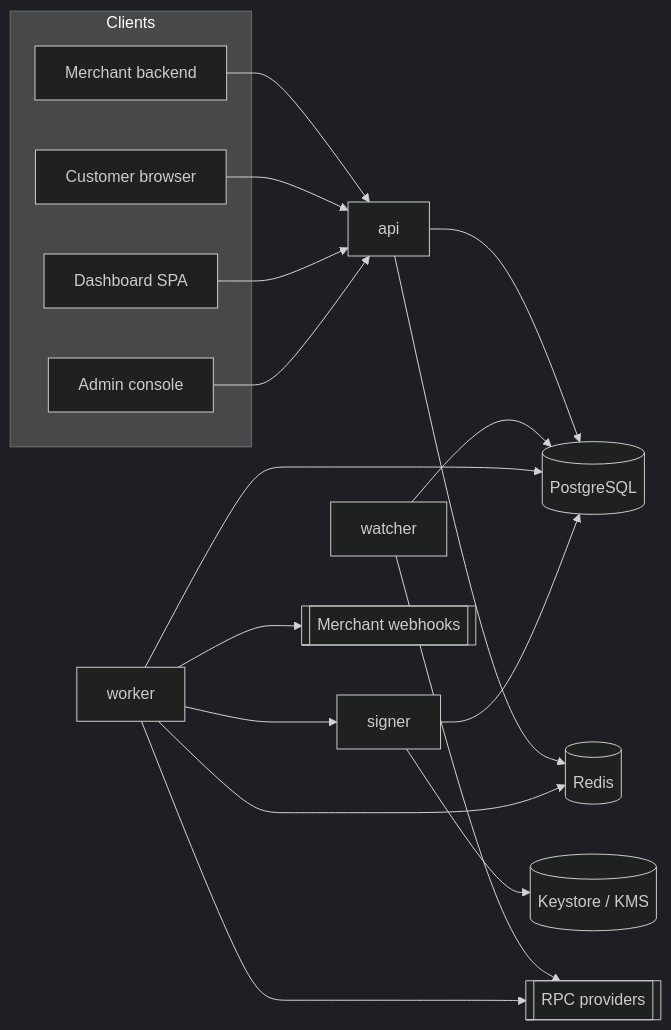
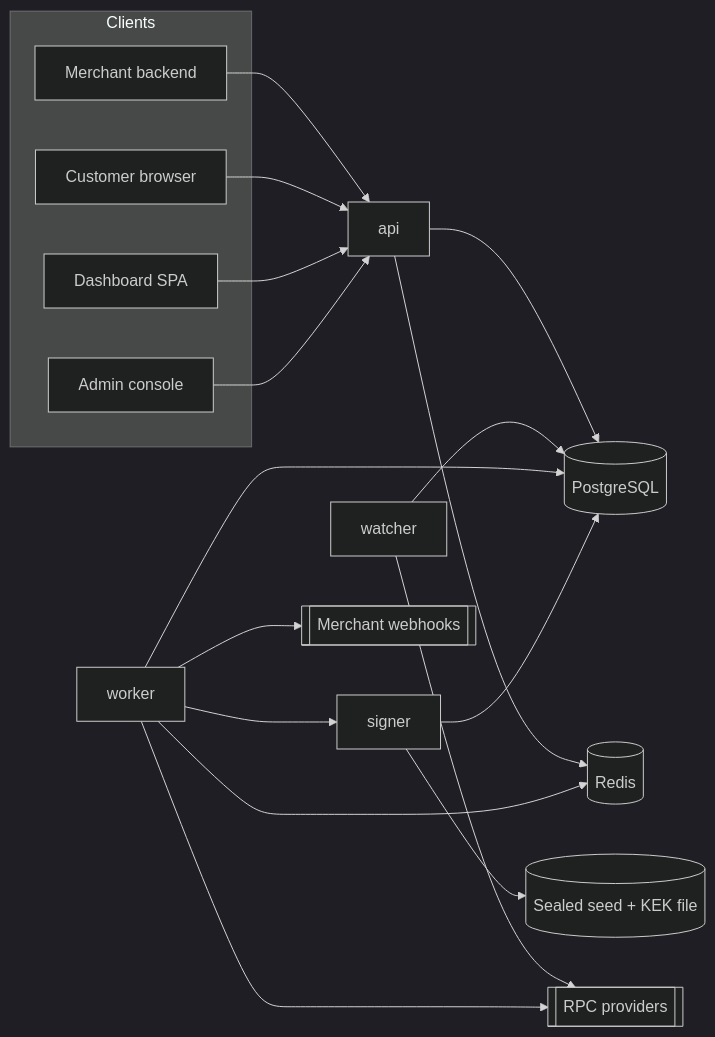
One commit to sumit-kotiya789/gateway changed the first of 2 diagrams in docs/ARCHITECTURE.md. Above: the diagram before and after it, drawn with Mermaid (dark theme). The commit also changed other lines of this file and 17 other files, not shown here.

````diff
--- a/docs/ARCHITECTURE.md
+++ b/docs/ARCHITECTURE.md
@@ -12,33 +12,33 @@
 ```mermaid
 flowchart LR
   subgraph Clients
     M[Merchant backend]
     C[Customer browser]
     D[Dashboard SPA]
     A[Admin console]
   end
   API[api]
   WK[worker]
   WT[watcher]
   SG[signer]
-  KS[(Keystore / KMS)]
+  KS[(Sealed seed + KEK file)]
   PG[(PostgreSQL)]
   RD[(Redis)]
   RPC[[RPC providers]]
   MH[[Merchant webhooks]]
   M --> API
   C --> API
   D --> API
   A --> API
   API --> PG
   API --> RD
   WT --> RPC
   WT --> PG
   WK --> PG
   WK --> RD
   WK --> MH
   WK --> SG
   WK --> RPC
   SG --> KS
   SG --> PG
 ```
````
